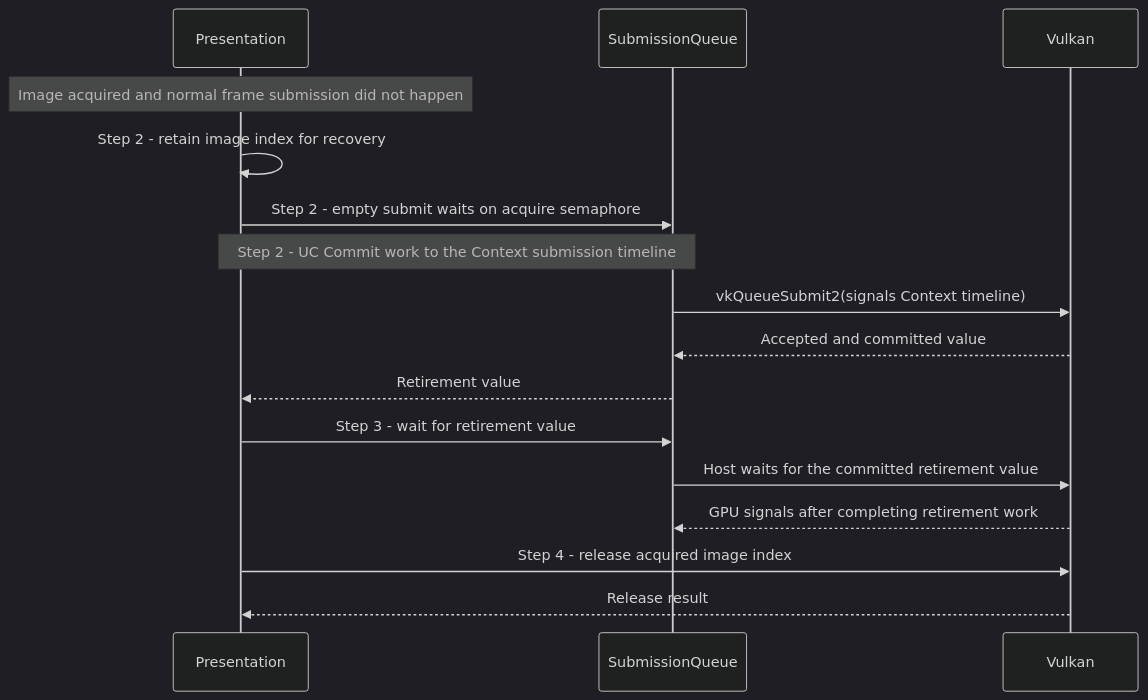
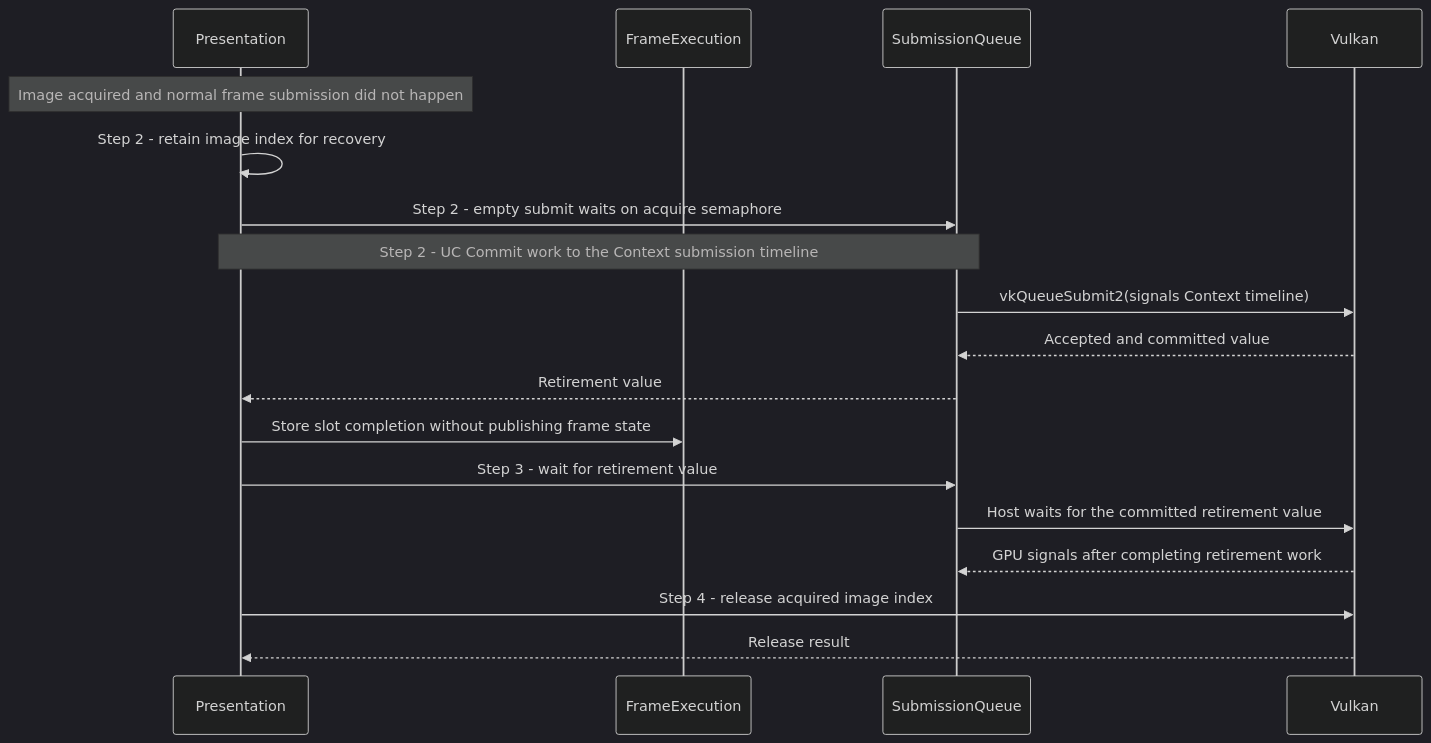
Before and after one commit to a-soltysik/Panda: the diagram in docs/use-cases/retire-acquired-image.md, drawn with Mermaid (dark theme). The commit also changed other lines of this file and 23 other files, not shown here.

First line of the commit message:
Separate frame execution from window presentation (#111)

````diff
--- a/docs/use-cases/retire-acquired-image.md
+++ b/docs/use-cases/retire-acquired-image.md
@@ -27,18 +28,20 @@
 ```mermaid
 sequenceDiagram
     participant P as Presentation
+    participant E as FrameExecution
     participant Q as SubmissionQueue
     participant V as Vulkan
     Note over P: Image acquired and normal frame submission did not happen
     P->>P: Step 2 - retain image index for recovery
     P->>Q: Step 2 - empty submit waits on acquire semaphore
     Note over P,Q: Step 2 - UC Commit work to the Context submission timeline
     Q->>V: vkQueueSubmit2(signals Context timeline)
     V-->>Q: Accepted and committed value
     Q-->>P: Retirement value
+    P->>E: Store slot completion without publishing frame state
     P->>Q: Step 3 - wait for retirement value
     Q->>V: Host waits for the committed retirement value
     V-->>Q: GPU signals after completing retirement work
     P->>V: Step 4 - release acquired image index
     V-->>P: Release result
 ```
````
